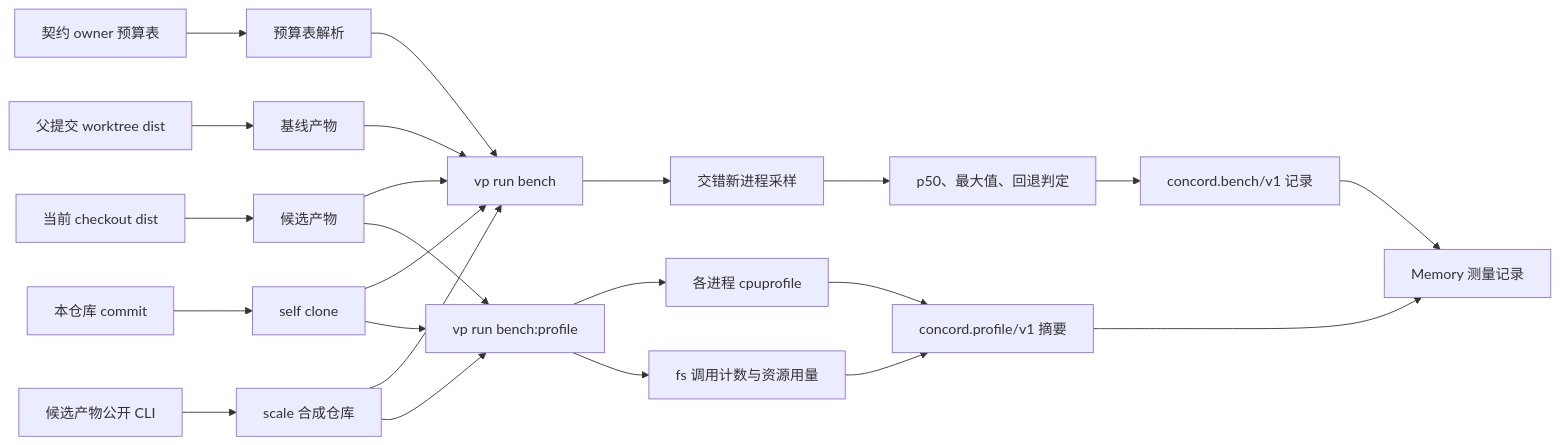
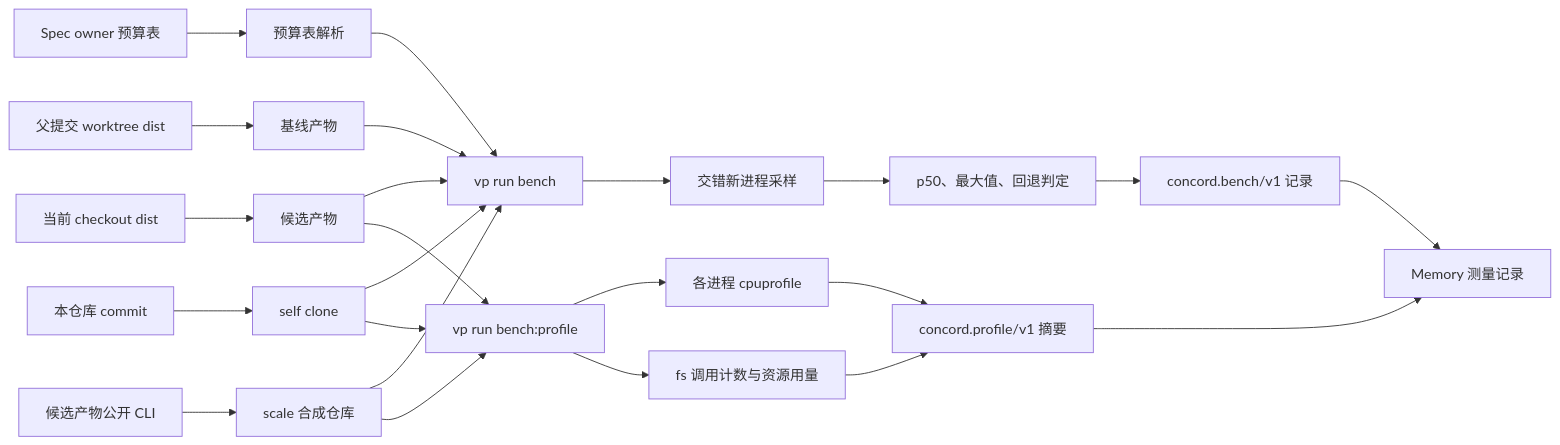
The diagram in docs/engineering/concord-self-hosting/performance.md (CorrectRoadH/Concord), drawn with Mermaid before and after one commit. The commit also changed other lines of this file and 218 other files, not shown here.

````diff
--- a/docs/engineering/concord-self-hosting/performance.md
+++ b/docs/engineering/concord-self-hosting/performance.md
@@ -79,25 +79,25 @@
 ```mermaid
 flowchart LR
-  Owners[契约 owner 预算表] --> Budgets[预算表解析]
+  Owners[Spec owner 预算表] --> Budgets[预算表解析]
   Checkout[当前 checkout dist] --> Candidate[候选产物]
   Parent[父提交 worktree dist] --> Baseline[基线产物]
   Commit[本仓库 commit] --> Self[self clone]
   CLI[候选产物公开 CLI] --> Scale[scale 合成仓库]
   Budgets --> Bench[vp run bench]
   Candidate --> Bench
   Baseline --> Bench
   Self --> Bench
   Scale --> Bench
   Bench --> Samples[交错新进程采样]
   Samples --> Verdict[p50、最大值、回退判定]
   Verdict --> Record[concord.bench/v1 记录]
   Candidate --> Profile[vp run bench:profile]
   Self --> Profile
   Scale --> Profile
   Profile --> CPU[各进程 cpuprofile]
   Profile --> FS[fs 调用计数与资源用量]
   CPU --> Summary[concord.profile/v1 摘要]
   FS --> Summary
   Record --> Memory[Memory 测量记录]
   Summary --> Memory
 ```
````
